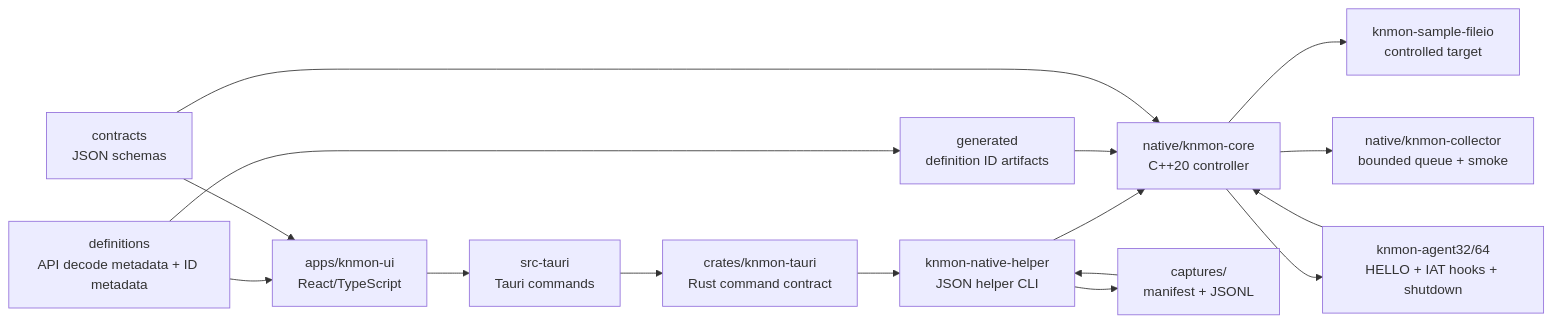
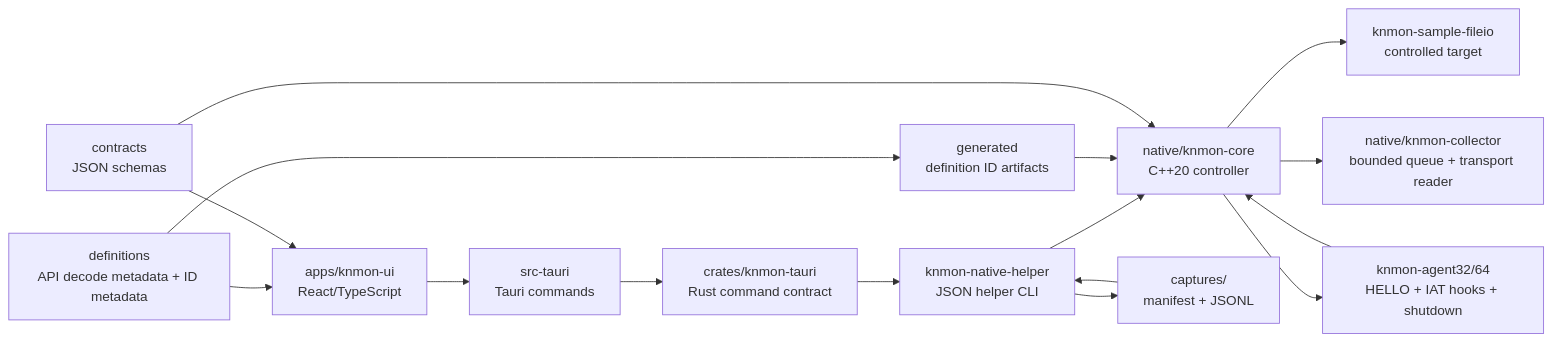
Before and after one commit to kernullist/KnWin32ApiMonitor: the diagram in docs/architecture.md, drawn with Mermaid. The commit also changed other lines of this file and 8 other files, not shown here.

Commit message:
Add shared transport collector reader

````diff
--- a/docs/architecture.md
+++ b/docs/architecture.md
@@ -13,31 +13,31 @@
 ```mermaid
 flowchart LR
     UI["apps/knmon-ui<br/>React/TypeScript"]
     TAURI["src-tauri<br/>Tauri commands"]
     RUST["crates/knmon-tauri<br/>Rust command contract"]
     CORE["native/knmon-core<br/>C++20 controller"]
-    COL["native/knmon-collector<br/>bounded queue + smoke"]
+    COL["native/knmon-collector<br/>bounded queue + transport reader"]
     HELPER["knmon-native-helper<br/>JSON helper CLI"]
     SAMPLE["knmon-sample-fileio<br/>controlled target"]
     AGENT["knmon-agent32/64<br/>HELLO + IAT hooks + shutdown"]
     SESSION["captures/<br/>manifest + JSONL"]
     DEF["definitions<br/>API decode metadata + ID metadata"]
     GEN["generated<br/>definition ID artifacts"]
     CONTRACT["contracts<br/>JSON schemas"]
 
     UI --> TAURI
     TAURI --> RUST
     RUST --> HELPER
     HELPER --> CORE
     CORE --> SAMPLE
     CORE --> AGENT
     AGENT --> CORE
     CORE --> COL
     HELPER --> SESSION
     SESSION --> HELPER
     DEF --> GEN
     GEN --> CORE
     DEF --> UI
     CONTRACT --> UI
     CONTRACT --> CORE
 ```
````
